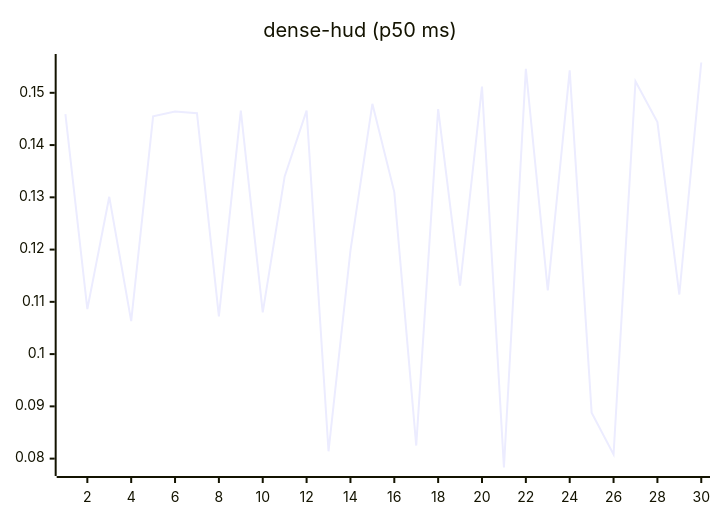
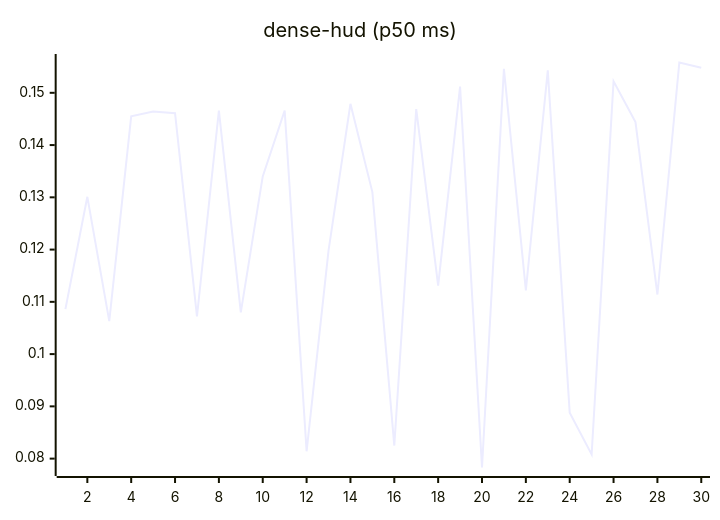
Before and after one commit to josha/Facet: the eighth of 27 diagrams in README.md, drawn with Mermaid. The commit also changed other lines of this file and 2 other files, not shown here.

````diff
--- a/README.md
+++ b/README.md
@@ -112,6 +112,6 @@
 ```mermaid
 xychart-beta
     title "dense-hud (p50 ms)"
     x-axis 1 --> 30
-    line [0.1459, 0.1086, 0.1301, 0.1063, 0.1455, 0.1464, 0.1461, 0.1072, 0.1466, 0.1080, 0.1340, 0.1466, 0.0814, 0.1198, 0.1479, 0.1310, 0.0825, 0.1469, 0.1131, 0.1512, 0.0783, 0.1546, 0.1122, 0.1543, 0.0888, 0.0808, 0.1522, 0.1444, 0.1114, 0.1558]
+    line [0.1086, 0.1301, 0.1063, 0.1455, 0.1464, 0.1461, 0.1072, 0.1466, 0.1080, 0.1340, 0.1466, 0.0814, 0.1198, 0.1479, 0.1310, 0.0825, 0.1469, 0.1131, 0.1512, 0.0783, 0.1546, 0.1122, 0.1543, 0.0888, 0.0808, 0.1522, 0.1444, 0.1114, 0.1558, 0.1548]
 ```
````
